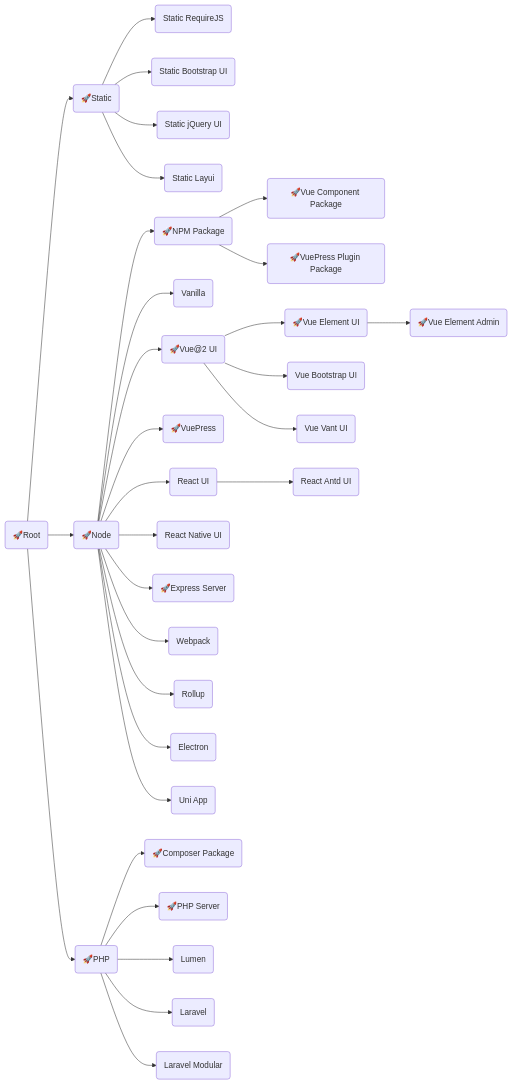
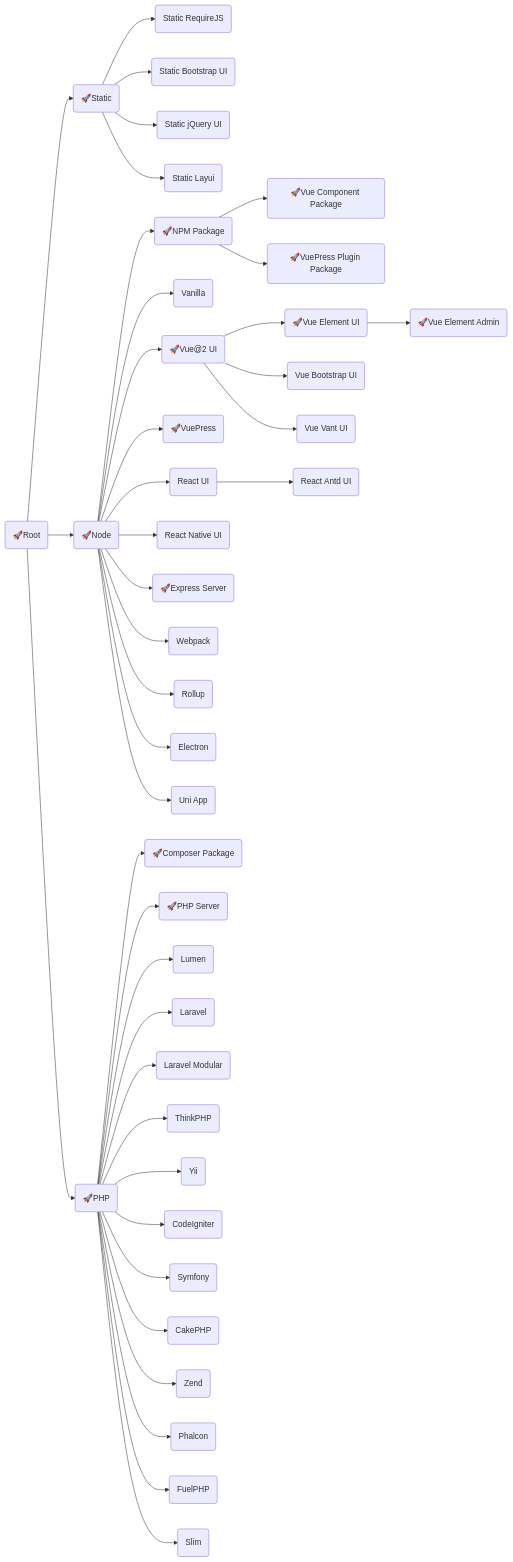
One commit to langnang-templates/.github changed the diagram in profile/README.md. Above: the diagram before and after it, drawn with Mermaid.

````diff
--- a/profile/README.md
+++ b/profile/README.md
@@ -1,50 +1,59 @@
 ```mermaid
 flowchart LR
 Root("🚀Root")
 	click Root "https://github.com/langnang-temp/root" _blank
 
 Root-->Static("🚀Static")
 	click Static "https://github.com/langnang-temp/static" _blank
 	Static-->Static_RequireJS("Static RequireJS")
 	Static-->Static_Bootstrap_UI("Static Bootstrap UI")
 	Static-->Static_jQuery_UI("Static jQuery UI")
 	Static-->Static_Layui("Static Layui")
 Root-->Node("🚀Node")
 	click Node "https://github.com/langnang-temp/node" _blank
 	Node-->NPM_Package("🚀NPM Package")
 		click NPM_Package "https://github.com/langnang-temp/npm-package" _blank
 		NPM_Package-->Vue2_UI_Package("🚀Vue Component Package")
 			click Vue2_UI_Package "https://github.com/langnang-temp/vue-ui-package" _blank
 		NPM_Package-->VuePress_Plugin_Package("🚀VuePress Plugin Package")
 			click VuePress_Plugin_Package "https://github.com/langnang-temp/vuepress-plugin-package" _blank
 	Node-->Vanilla("Vanilla")
 	Node-->Vue2_UI("🚀Vue@2 UI")
 		click Vue2_UI "https://github.com/langnang-temp/vue-ui" _blank
 		Vue2_UI-->Vue_Element_UI("🚀Vue Element UI")
 			click Vue_Element_UI "https://github.com/langnang-temp/vue-element-ui" _blank
 			Vue_Element_UI-->Vue_Element_Admin("🚀Vue Element Admin")
 				click Vue_Element_Admin "https://github.com/langnang-temp/vue-element-admin/actions" _blank
 		Vue2_UI-->Vue_Bootstrap_UI("Vue Bootstrap UI")
 		Vue2_UI-->Vue_Vant_UI("Vue Vant UI")
 	Node-->VuePress("🚀VuePress")
 		click VuePress "https://github.com/langnang-temp/vuepress" _blank
 	Node-->React_UI("React UI")
 		React_UI-->React_Antd_UI("React Antd UI")
 	Node-->React_Native_UI("React Native UI")
 	Node-->Express_Server("🚀Express Server")
 		click Express_Server "https://github.com/langnang-temp/express-server" _blank
 	Node-->Webpack("Webpack")
 	Node-->Rollup("Rollup")
 	Node-->Electron("Electron")
 	Node-->Uni_App("Uni App")
 
 Root-->PHP("🚀PHP")
 	click PHP "https://github.com/langnang-temp/php" _blank
 	PHP-->Composer_Package("🚀Composer Package")
 	click Composer_Package "https://github.com/langnang-temp/composer-package" _blank
 	PHP-->PHP_Server("🚀PHP Server")
 		click PHP_Server "https://github.com/langnang-temp/php-server" _blank
 	PHP-->Lumen("Lumen")
 	PHP-->Laravel("Laravel")
 	PHP-->Laravel_Modular("Laravel Modular")
+	PHP-->ThinkPHP("ThinkPHP")
+	PHP-->Yii("Yii")
+	PHP-->CodeIgniter("CodeIgniter")
+	PHP-->Symfony("Symfony")
+	PHP-->CakePHP("CakePHP")
+	PHP-->Zend("Zend")
+	PHP-->Phalcon("Phalcon")
+	PHP-->FuelPHP("FuelPHP")
+	PHP-->Slim("Slim")
 ```
````
